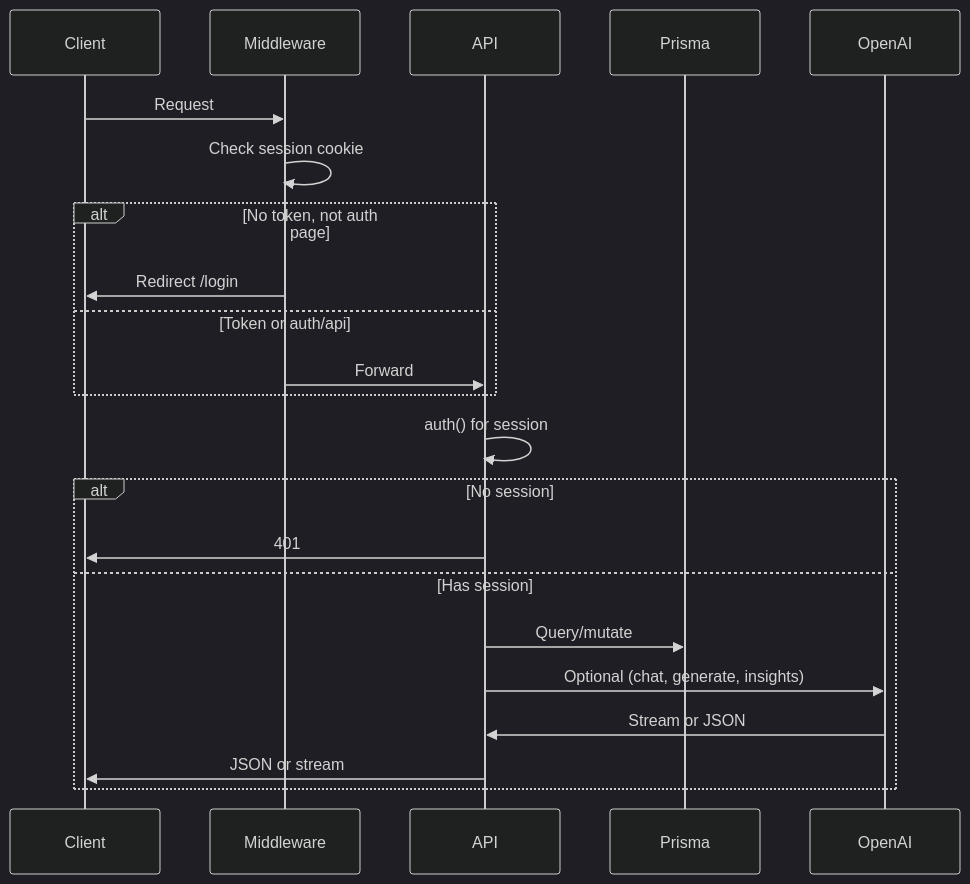
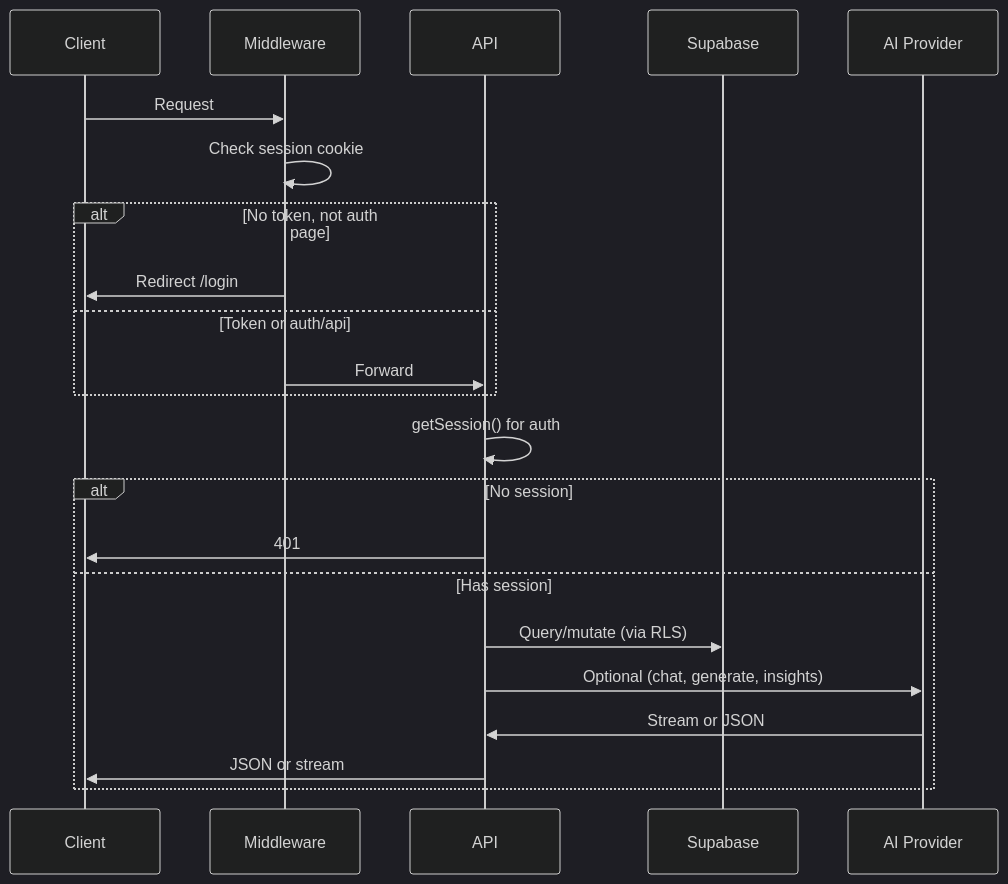
Before and after one commit to reginaldbaraza-code/TofuOS: the first of 2 diagrams in docs/architecture.md, drawn with Mermaid (dark theme). The commit also changed other lines of this file and 9 other files, not shown here.

````diff
--- a/docs/architecture.md
+++ b/docs/architecture.md
@@ -21,25 +37,25 @@
 ```mermaid
 sequenceDiagram
   participant Client
   participant Middleware
   participant API
-  participant Prisma
-  participant OpenAI
+  participant Supabase
+  participant AI Provider
 
   Client->>Middleware: Request
   Middleware->>Middleware: Check session cookie
   alt No token, not auth page
     Middleware->>Client: Redirect /login
   else Token or auth/api
     Middleware->>API: Forward
   end
-  API->>API: auth() for session
+  API->>API: getSession() for auth
   alt No session
     API->>Client: 401
   else Has session
-    API->>Prisma: Query/mutate
-    API->>OpenAI: Optional (chat, generate, insights)
-    OpenAI->>API: Stream or JSON
+    API->>Supabase: Query/mutate (via RLS)
+    API->>AI Provider: Optional (chat, generate, insights)
+    AI Provider->>API: Stream or JSON
     API->>Client: JSON or stream
   end
 ```
````
